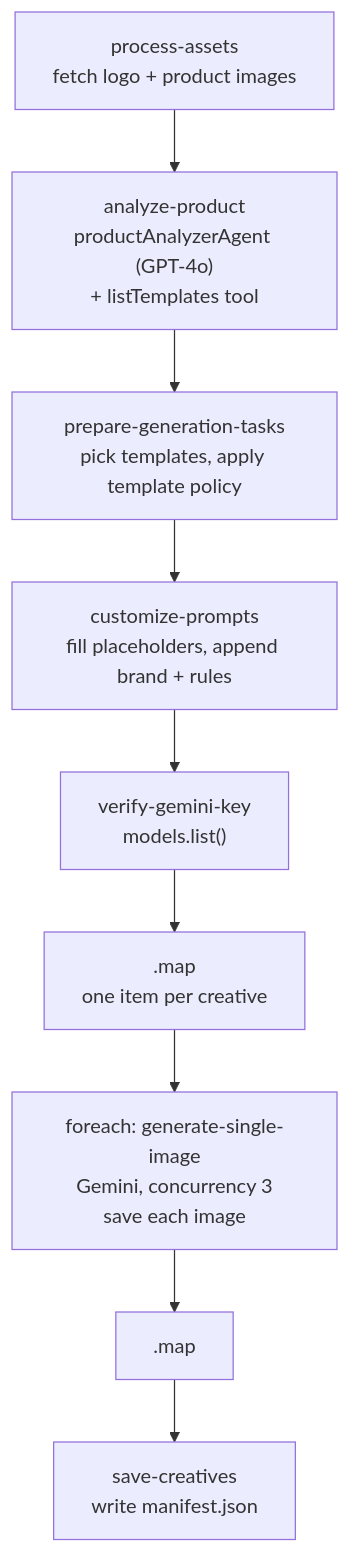
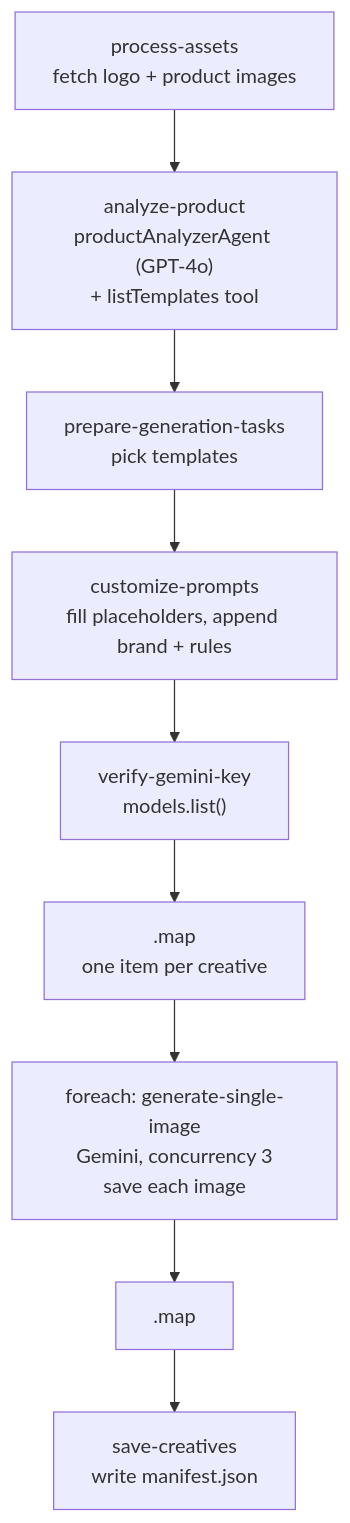
Before and after one commit to dcDalin/terravow-workflows: the diagram in docs/workflows/ad-creatives.md, drawn with Mermaid. The commit also changed other lines of this file and 42 other files, not shown here.

````diff
--- a/docs/workflows/ad-creatives.md
+++ b/docs/workflows/ad-creatives.md
@@ -86,10 +81,10 @@
 ```mermaid
 flowchart TD
   A["process-assets<br/>fetch logo + product images"] --> B["analyze-product<br/>productAnalyzerAgent (GPT-4o)<br/>+ listTemplates tool"]
-  B --> C["prepare-generation-tasks<br/>pick templates, apply template policy"]
+  B --> C["prepare-generation-tasks<br/>pick templates"]
   C --> D["customize-prompts<br/>fill placeholders, append brand + rules"]
   D --> E["verify-gemini-key<br/>models.list()"]
   E --> F[".map<br/>one item per creative"]
   F --> G["foreach: generate-single-image<br/>Gemini, concurrency 3<br/>save each image"]
   G --> H[".map"] --> I["save-creatives<br/>write manifest.json"]
 ```
````
